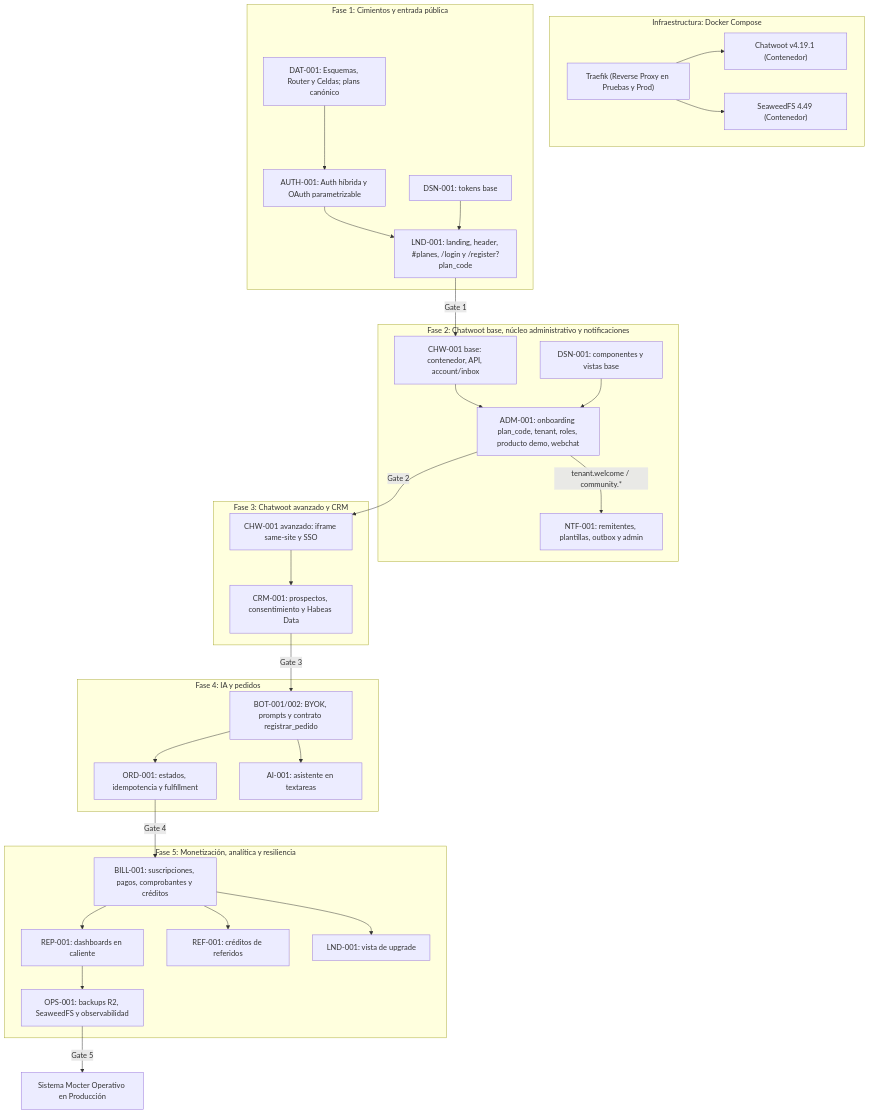
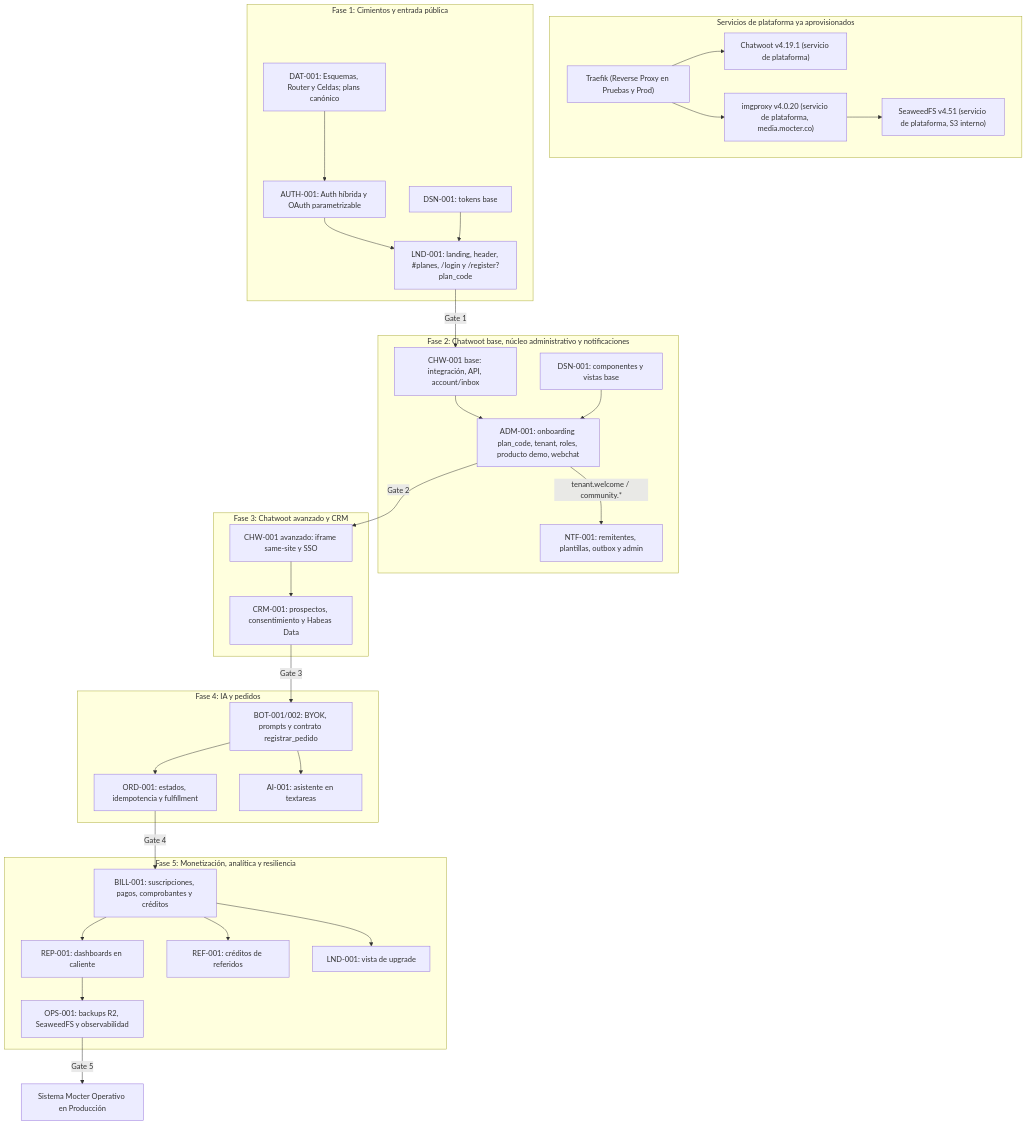
Before and after one commit to EnuarRosales/landig-agencia: the diagram in docs/plan_maestro_implementacion.md, drawn with Mermaid. The commit also changed other lines of this file and 18 other files, not shown here.

````diff
--- a/docs/plan_maestro_implementacion.md
+++ b/docs/plan_maestro_implementacion.md
@@ -29,62 +31,64 @@
 ```mermaid
 flowchart TD
-    subgraph INFRA ["Infraestructura: Docker Compose"]
+    subgraph INFRA ["Servicios de plataforma ya aprovisionados"]
         INFRA_TRAEFIK["Traefik (Reverse Proxy en Pruebas y Prod)"]
-        INFRA_CHW["Chatwoot v4.19.1 (Contenedor)"]
-        INFRA_FS["SeaweedFS 4.49 (Contenedor)"]
+        INFRA_CHW["Chatwoot v4.19.1 (servicio de plataforma)"]
+        INFRA_FS["SeaweedFS v4.51 (servicio de plataforma, S3 interno)"]
+        INFRA_IMG["imgproxy v4.0.20 (servicio de plataforma, media.mocter.co)"]
         INFRA_TRAEFIK --> INFRA_CHW
-        INFRA_TRAEFIK --> INFRA_FS
+        INFRA_TRAEFIK --> INFRA_IMG
+        INFRA_IMG --> INFRA_FS
     end
 
     subgraph FASE1 ["Fase 1: Cimientos y entrada pública"]
         F1_DAT["DAT-001: Esquemas, Router y Celdas; plans canónico"]
         F1_AUTH["AUTH-001: Auth híbrida y OAuth parametrizable"]
         F1_DSN["DSN-001: tokens base"]
         F1_LND["LND-001: landing, header, #planes, /login y /register?plan_code"]
         F1_DAT --> F1_AUTH
         F1_AUTH --> F1_LND
         F1_DSN --> F1_LND
     end
 
     subgraph FASE2 ["Fase 2: Chatwoot base, núcleo administrativo y notificaciones"]
-        F2_CHW["CHW-001 base: contenedor, API, account/inbox"]
+        F2_CHW["CHW-001 base: integración, API, account/inbox"]
         F2_ADM["ADM-001: onboarding plan_code, tenant, roles, producto demo, webchat"]
         F2_DSN["DSN-001: componentes y vistas base"]
         F2_NTF["NTF-001: remitentes, plantillas, outbox y admin"]
         F2_CHW --> F2_ADM
         F2_DSN --> F2_ADM
         F2_ADM -->|tenant.welcome / community.*| F2_NTF
     end
 
     subgraph FASE3 ["Fase 3: Chatwoot avanzado y CRM"]
         F3_CHW["CHW-001 avanzado: iframe same-site y SSO"]
         F3_CRM["CRM-001: prospectos, consentimiento y Habeas Data"]
         F3_CHW --> F3_CRM
     end
 
     subgraph FASE4 ["Fase 4: IA y pedidos"]
         F4_BOT["BOT-001/002: BYOK, prompts y contrato registrar_pedido"]
         F4_ORD["ORD-001: estados, idempotencia y fulfillment"]
         F4_AI["AI-001: asistente en textareas"]
         F4_BOT --> F4_ORD
         F4_BOT --> F4_AI
     end
 
     subgraph FASE5 ["Fase 5: Monetización, analítica y resiliencia"]
         F5_BILL["BILL-001: suscripciones, pagos, comprobantes y créditos"]
         F5_REP["REP-001: dashboards en caliente"]
         F5_REF["REF-001: créditos de referidos"]
         F5_OPS["OPS-001: backups R2, SeaweedFS y observabilidad"]
         F5_LND["LND-001: vista de upgrade"]
         F5_BILL --> F5_REP
         F5_BILL --> F5_REF
         F5_REP --> F5_OPS
         F5_BILL --> F5_LND
     end
 
     F1_LND -->|Gate 1| F2_CHW
     F2_ADM -->|Gate 2| F3_CHW
     F3_CRM -->|Gate 3| F4_BOT
     F4_ORD -->|Gate 4| F5_BILL
     F5_OPS -->|Gate 5| SistemaCompletado["Sistema Mocter Operativo en Producción"]
 ```
````
